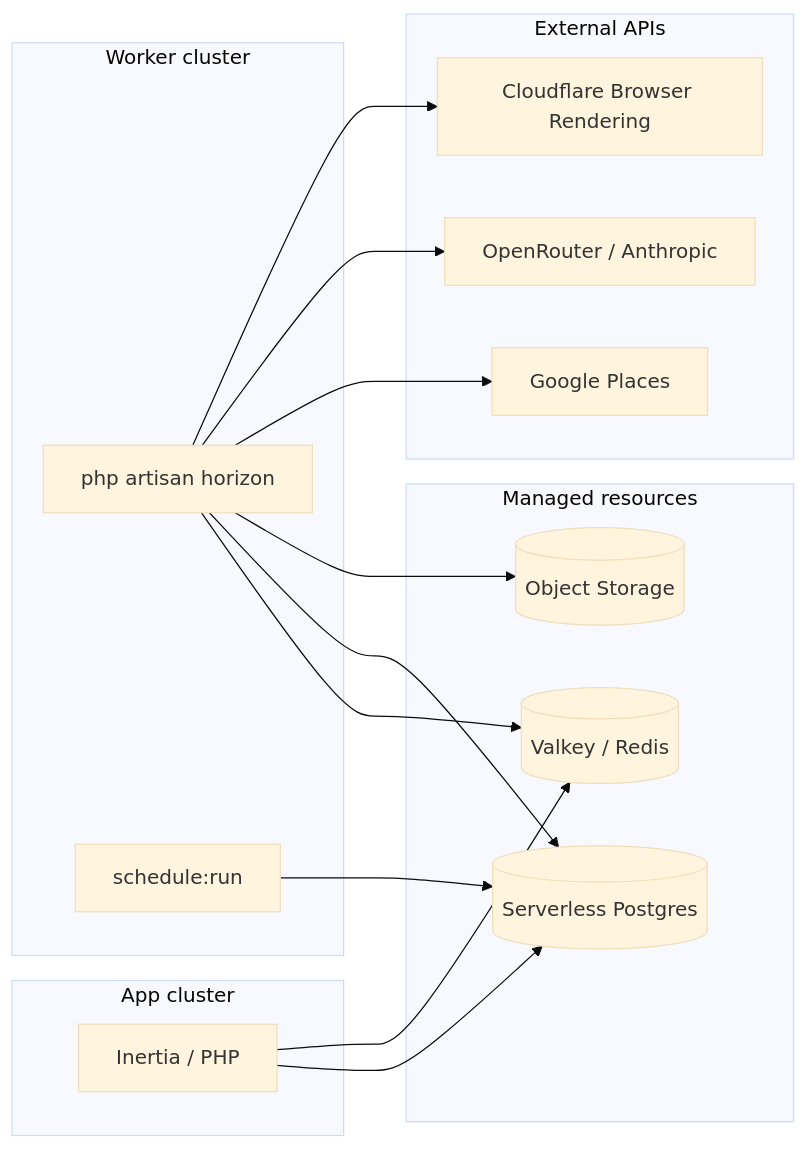
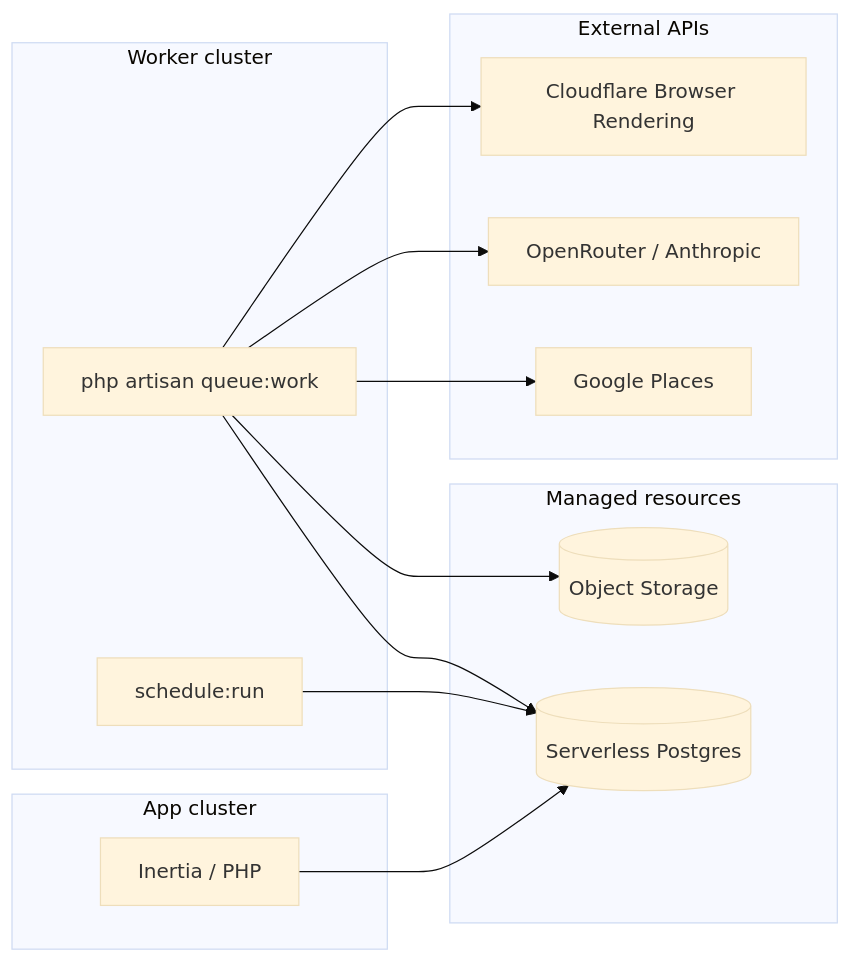
The first of 2 diagrams in docs/deployment/laravel-cloud.md (digitales/nthdesigns-scanner), drawn with Mermaid (base theme) before and after one commit. The commit also changed other lines of this file and 13 other files, not shown here.

````diff
--- a/docs/deployment/laravel-cloud.md
+++ b/docs/deployment/laravel-cloud.md
@@ -9,33 +9,30 @@
 ```mermaid
 flowchart LR
     subgraph app [App cluster]
         Web[Inertia / PHP]
     end
 
     subgraph worker [Worker cluster]
-        Horizon[php artisan horizon]
+        QueueWorker["php artisan queue:work"]
         Scheduler[schedule:run]
     end
 
     subgraph data [Managed resources]
         PG[(Serverless Postgres)]
-        Redis[(Valkey / Redis)]
         R2[(Object Storage)]
     end
 
     subgraph external [External APIs]
         Places[Google Places]
         Claude[OpenRouter / Anthropic]
         CF[Cloudflare Browser Rendering]
     end
 
     Web --> PG
-    Web --> Redis
-    Horizon --> Redis
-    Horizon --> PG
-    Horizon --> R2
-    Horizon --> Places
-    Horizon --> Claude
-    Horizon --> CF
+    QueueWorker --> PG
+    QueueWorker --> R2
+    QueueWorker --> Places
+    QueueWorker --> Claude
+    QueueWorker --> CF
     Scheduler --> PG
 ```
````
